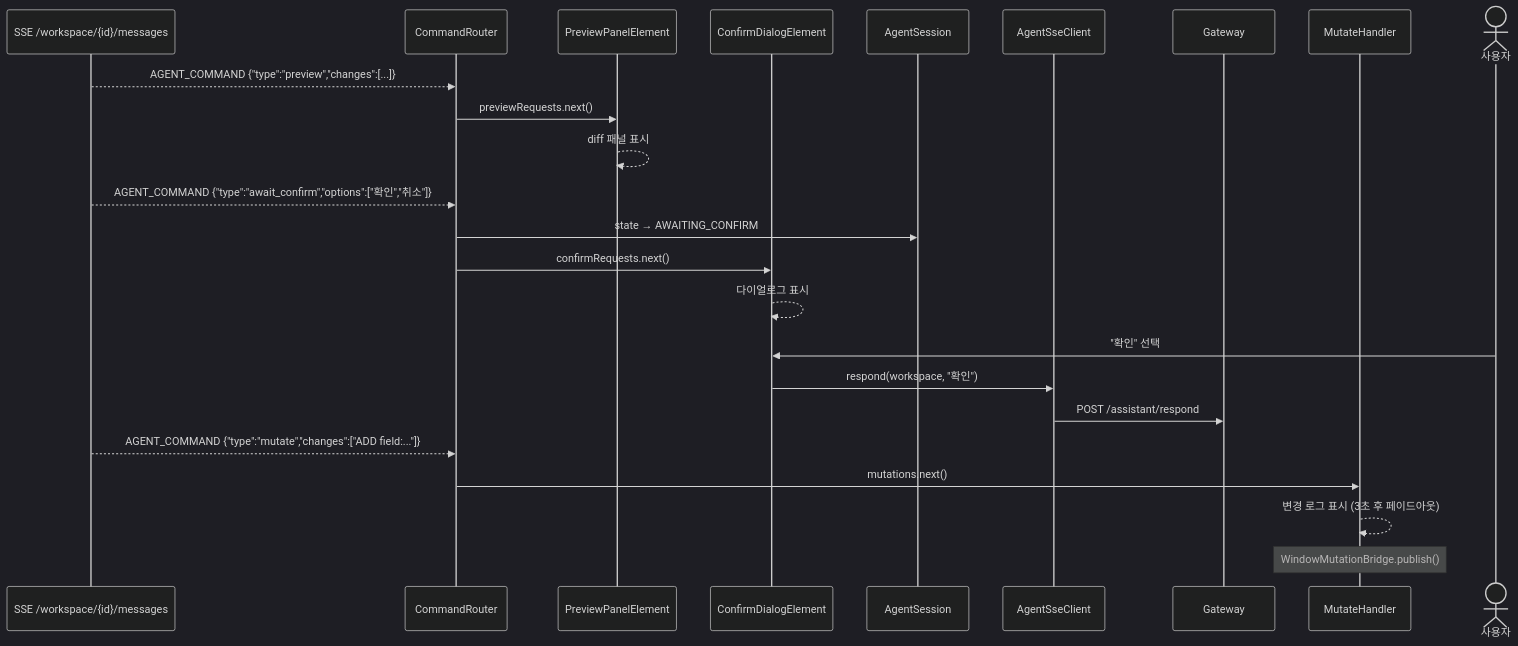
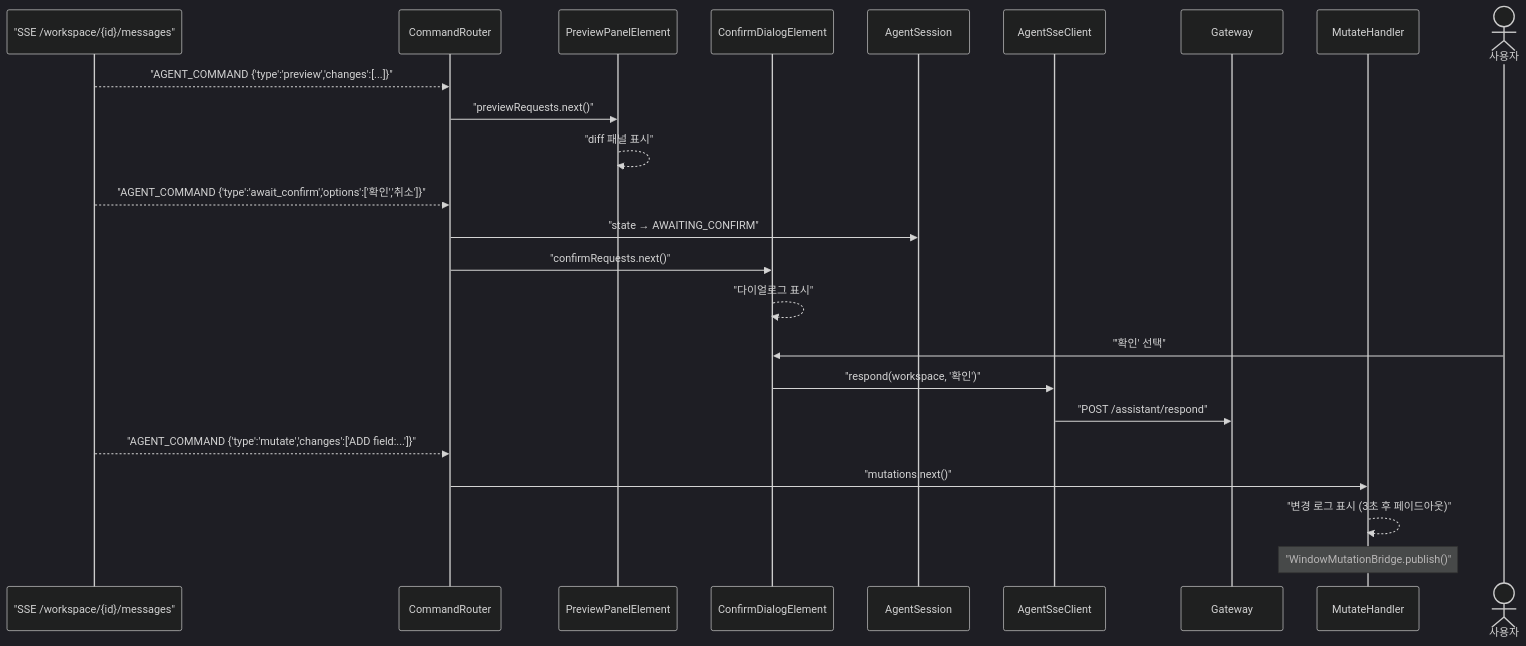
One commit to sayaya1090/handbook changed the second of 6 diagrams in agent-ui/USECASE.md. Above: the diagram before and after it, drawn with Mermaid (dark theme). The commit also changed other lines of this file and 22 other files, not shown here.

First line of the commit message:
docs: Mermaid 다이어그램 렌더링 오류 수정을 위한 구문 전수 교정

````diff
--- a/agent-ui/USECASE.md
+++ b/agent-ui/USECASE.md
@@ -40,30 +40,30 @@
 ```mermaid
 sequenceDiagram
-    participant SSE as SSE /workspace/{id}/messages
+    participant SSE as "SSE /workspace/{id}/messages"
     participant Router as CommandRouter
     participant Preview as PreviewPanelElement
     participant Confirm as ConfirmDialogElement
     participant Session as AgentSession
     participant Client as AgentSseClient
     participant GW as Gateway
     participant Mutate as MutateHandler
 
-    SSE-->>Router: AGENT_COMMAND {"type":"preview","changes":[...]}
-    Router->>Preview: previewRequests.next()
-    Preview-->>Preview: diff 패널 표시
+    SSE-->>Router: "AGENT_COMMAND {'type':'preview','changes':[...]}"
+    Router->>Preview: "previewRequests.next()"
+    Preview-->>Preview: "diff 패널 표시"
 
-    SSE-->>Router: AGENT_COMMAND {"type":"await_confirm","options":["확인","취소"]}
-    Router->>Session: state → AWAITING_CONFIRM
-    Router->>Confirm: confirmRequests.next()
-    Confirm-->>Confirm: 다이얼로그 표시
+    SSE-->>Router: "AGENT_COMMAND {'type':'await_confirm','options':['확인','취소']}"
+    Router->>Session: "state → AWAITING_CONFIRM"
+    Router->>Confirm: "confirmRequests.next()"
+    Confirm-->>Confirm: "다이얼로그 표시"
 
     actor User as 사용자
-    User->>Confirm: "확인" 선택
-    Confirm->>Client: respond(workspace, "확인")
-    Client->>GW: POST /assistant/respond
+    User->>Confirm: "'확인' 선택"
+    Confirm->>Client: "respond(workspace, '확인')"
+    Client->>GW: "POST /assistant/respond"
 
-    SSE-->>Router: AGENT_COMMAND {"type":"mutate","changes":["ADD field:..."]}
-    Router->>Mutate: mutations.next()
-    Mutate-->>Mutate: 변경 로그 표시 (3초 후 페이드아웃)
-    Note over Mutate: WindowMutationBridge.publish()
+    SSE-->>Router: "AGENT_COMMAND {'type':'mutate','changes':['ADD field:...']}"
+    Router->>Mutate: "mutations.next()"
+    Mutate-->>Mutate: "변경 로그 표시 (3초 후 페이드아웃)"
+    Note over Mutate: "WindowMutationBridge.publish()"
 ```
````
